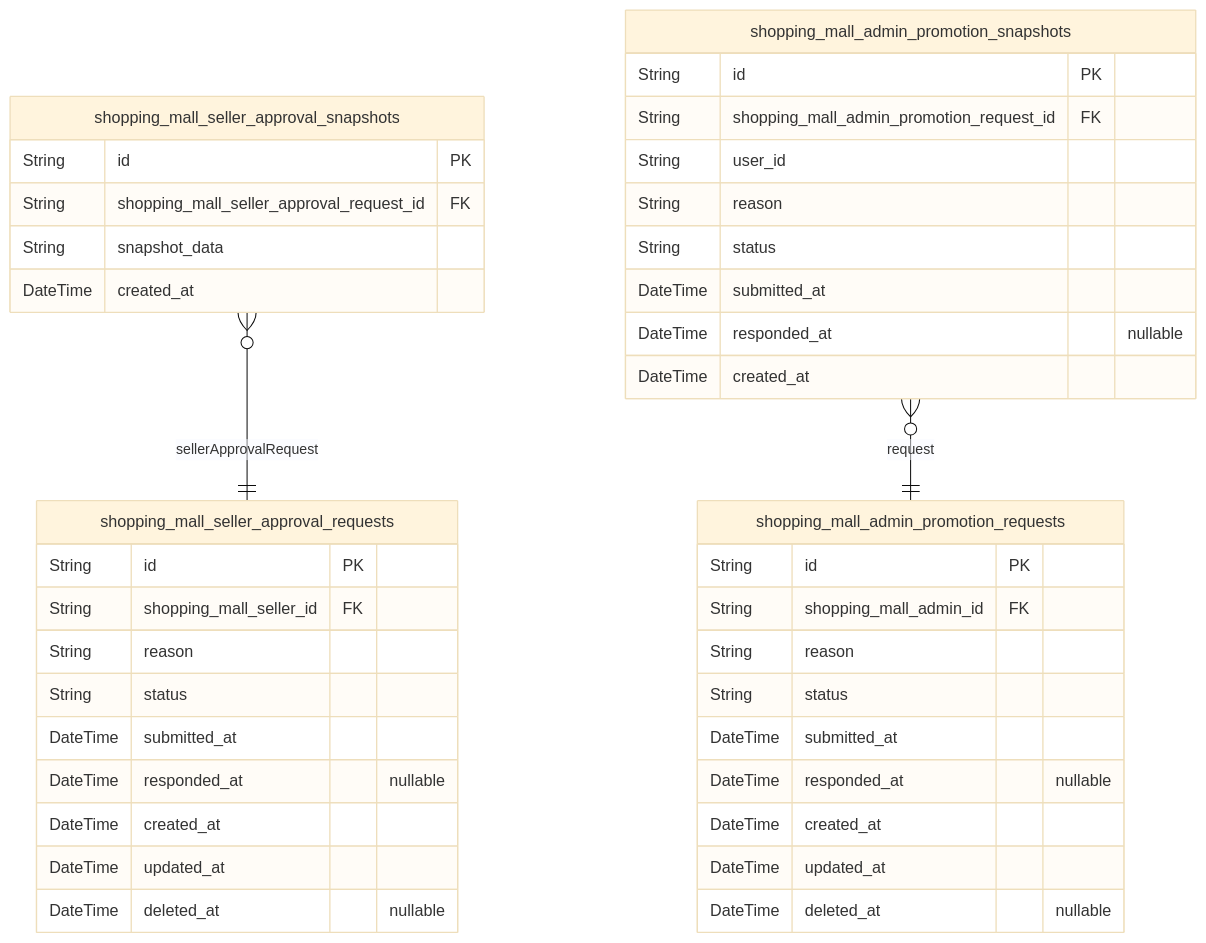
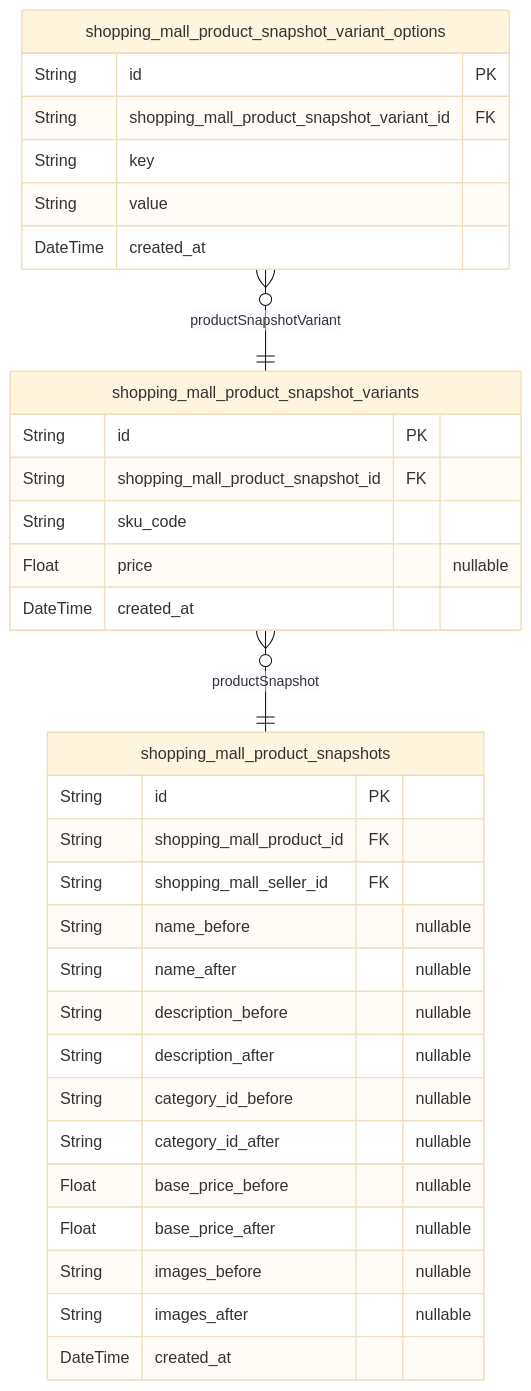
The tenth of 10 diagrams in qwen/qwen3.5-27b/shopping/docs/ERD.md (wrtnlabs/autobe-examples), drawn with Mermaid (base theme) before and after one commit. The commit also changed other lines of this file and 32093 other files, not shown here.

````diff
--- a/qwen/qwen3.5-27b/shopping/docs/ERD.md
+++ b/qwen/qwen3.5-27b/shopping/docs/ERD.md
@@ -1411,43 +3401,35 @@
 ```mermaid
 erDiagram
-"shopping_mall_seller_approval_requests" {
+"shopping_mall_product_snapshots" {
   String id PK
+  String shopping_mall_product_id FK
   String shopping_mall_seller_id FK
-  String reason
-  String status
-  DateTime submitted_at
-  DateTime responded_at "nullable"
-  DateTime created_at
-  DateTime updated_at
-  DateTime deleted_at "nullable"
-}
-"shopping_mall_admin_promotion_requests" {
-  String id PK
-  String shopping_mall_admin_id FK
-  String reason
-  String status
-  DateTime submitted_at
-  DateTime responded_at "nullable"
-  DateTime created_at
-  DateTime updated_at
-  DateTime deleted_at "nullable"
-}
-"shopping_mall_seller_approval_snapshots" {
-  String id PK
-  String shopping_mall_seller_approval_request_id FK
-  String snapshot_data
+  String name_before "nullable"
+  String name_after "nullable"
+  String description_before "nullable"
+  String description_after "nullable"
+  String category_id_before "nullable"
+  String category_id_after "nullable"
+  Float base_price_before "nullable"
+  Float base_price_after "nullable"
+  String images_before "nullable"
+  String images_after "nullable"
   DateTime created_at
 }
-"shopping_mall_admin_promotion_snapshots" {
+"shopping_mall_product_snapshot_variants" {
   String id PK
-  String shopping_mall_admin_promotion_request_id FK
-  String user_id
-  String reason
-  String status
-  DateTime submitted_at
-  DateTime responded_at "nullable"
+  String shopping_mall_product_snapshot_id FK
+  String sku_code
+  Float price "nullable"
   DateTime created_at
 }
-"shopping_mall_seller_approval_snapshots" }o--|| "shopping_mall_seller_approval_requests" : sellerApprovalRequest
-"shopping_mall_admin_promotion_snapshots" }o--|| "shopping_mall_admin_promotion_requests" : request
+"shopping_mall_product_snapshot_variant_options" {
+  String id PK
+  String shopping_mall_product_snapshot_variant_id FK
+  String key
+  String value
+  DateTime created_at
+}
+"shopping_mall_product_snapshot_variants" }o--|| "shopping_mall_product_snapshots" : productSnapshot
+"shopping_mall_product_snapshot_variant_options" }o--|| "shopping_mall_product_snapshot_variants" : productSnapshotVariant
 ```
````
